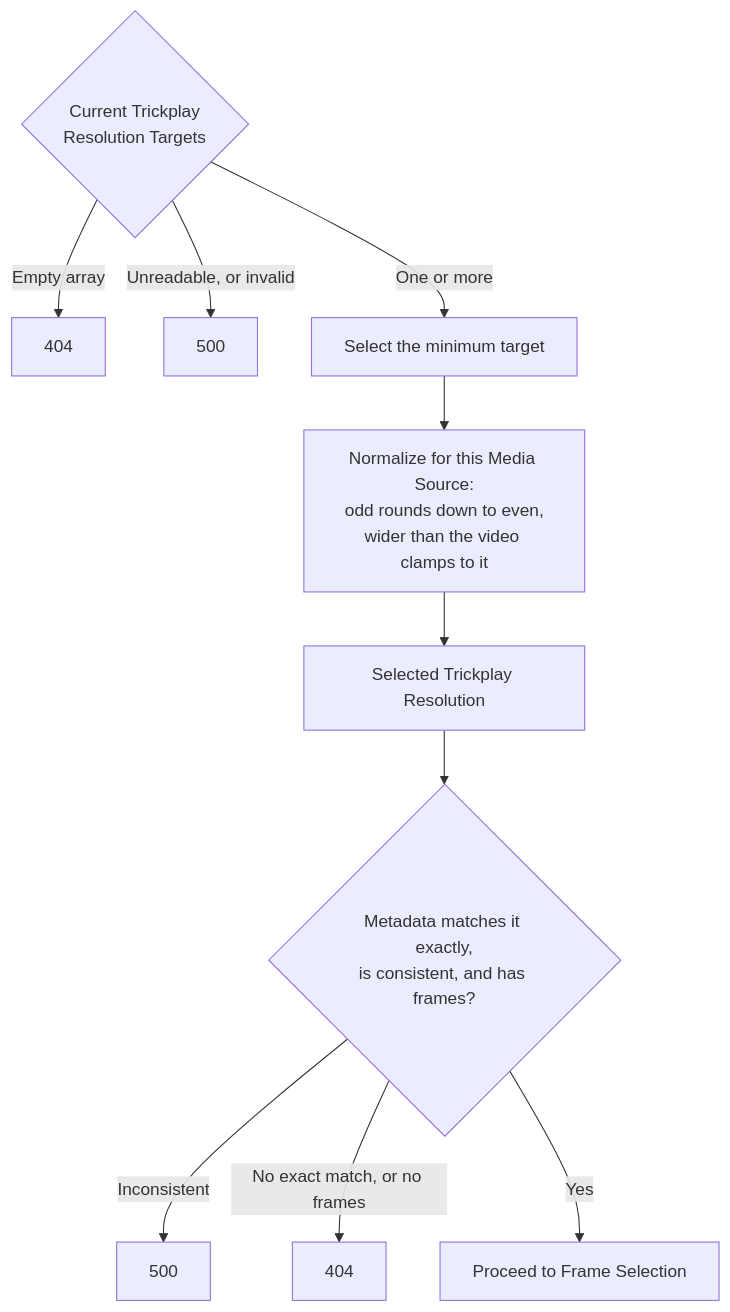
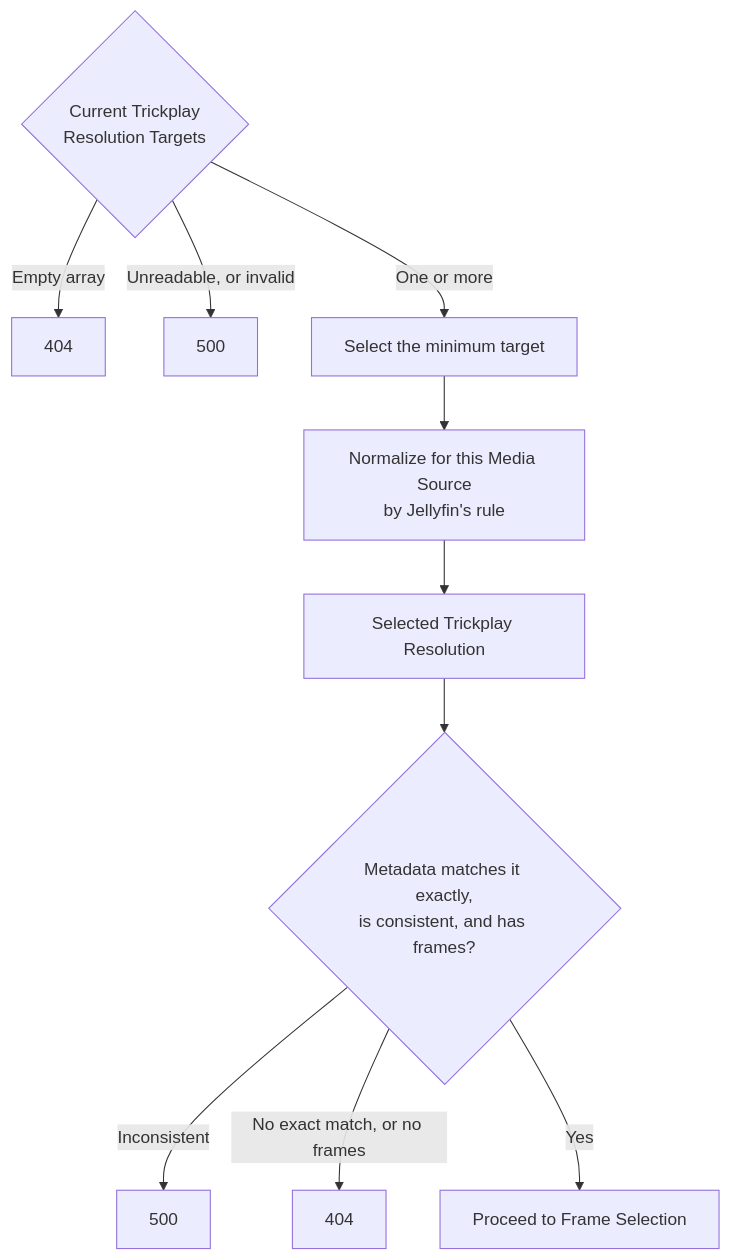
One commit to xiakeng/trickplay-cropper changed the second of 2 diagrams in docs/business/lifecycle/source-resolution.md. Above: the diagram before and after it, drawn with Mermaid. The commit also changed 1 other file, not shown here.

Commit message:
Restore the even-width clamp clause and deduplicate the diagram label
The Jellyfin Server chapter is the single home of the normalization rule,
so the clause that a clamped width is itself rounded down to even — the
detail a reimplementation needs for odd-width videos — belongs there, and
the lifecycle selection diagram names the step without restating the rule.

````diff
--- a/docs/business/lifecycle/source-resolution.md
+++ b/docs/business/lifecycle/source-resolution.md
@@ -113,12 +113,12 @@
 ```mermaid
 flowchart TD
     Targets{"Current Trickplay<br/>Resolution Targets"} -->|"Empty array"| B1["404"]
     Targets -->|"Unreadable, or invalid"| B2["500"]
     Targets -->|"One or more"| Min["Select the minimum target"]
-    Min --> Normalize["Normalize for this Media Source:<br/>odd rounds down to even,<br/>wider than the video clamps to it"]
+    Min --> Normalize["Normalize for this Media Source<br/>by Jellyfin's rule"]
     Normalize --> Selected["Selected Trickplay Resolution"]
     Selected --> Match{"Metadata matches it exactly,<br/>is consistent, and has frames?"}
     Match -->|"Inconsistent"| B3["500"]
     Match -->|"No exact match, or no frames"| B4["404"]
     Match -->|"Yes"| Done["Proceed to Frame Selection"]
 ```
````
